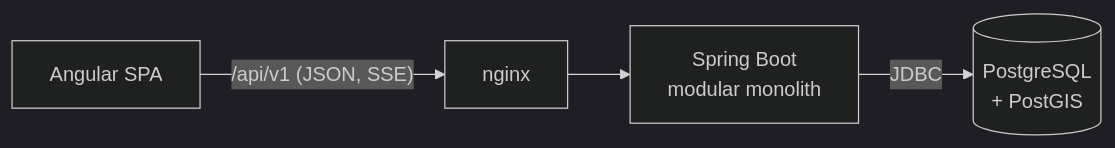
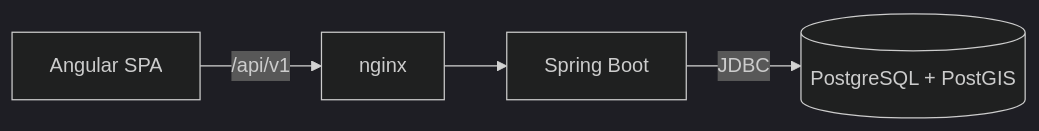
Before and after one commit to mmylona/Civicpulse: the diagram in README.md, drawn with Mermaid (dark theme). The commit also changed other lines of this file and 95 other files, not shown here.

````diff
--- a/README.md
+++ b/README.md
@@ -32,6 +26,6 @@
 ```mermaid
 flowchart LR
-    browser["Angular SPA"] -- "/api/v1 (JSON, SSE)" --> nginx["nginx"]
-    nginx --> backend["Spring Boot<br/>modular monolith"]
-    backend -- JDBC --> db[("PostgreSQL<br/>+ PostGIS")]
+    browser["Angular SPA"] -- "/api/v1" --> nginx["nginx"]
+    nginx --> backend["Spring Boot"]
+    backend -- JDBC --> db[("PostgreSQL + PostGIS")]
 ```
````
